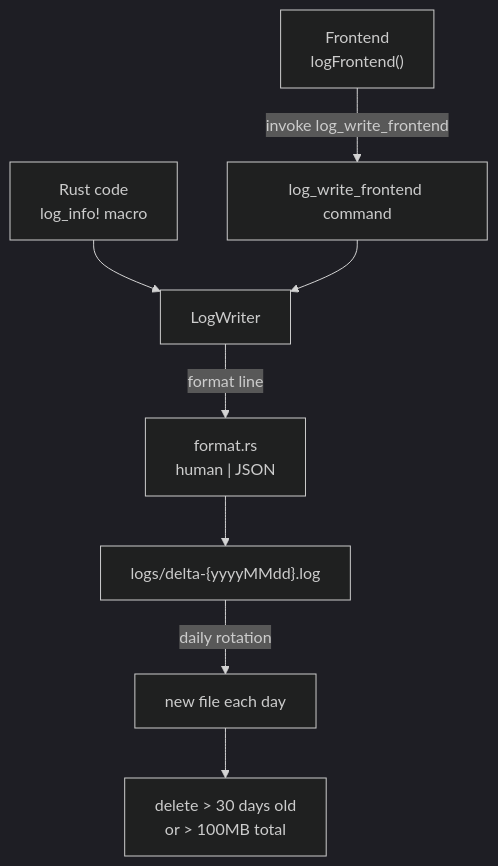
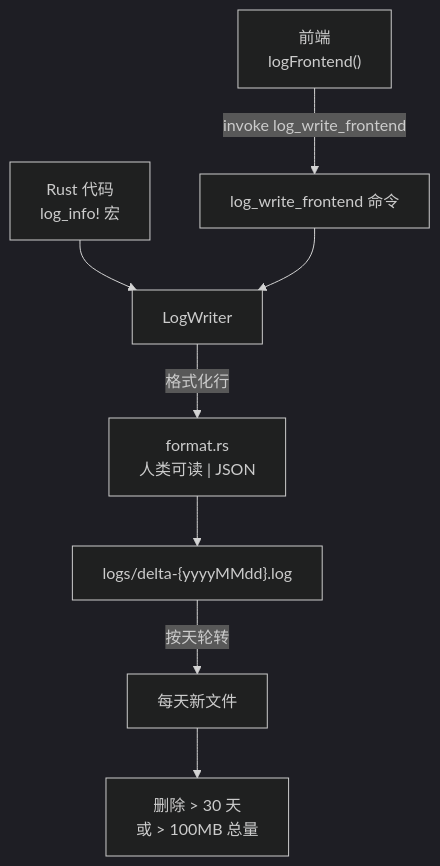
Before and after one commit to IZRINO/delta-auto-tools: the diagram in droid-wiki/systems/logging.md, drawn with Mermaid (dark theme). The commit also changed other lines of this file and 36 other files, not shown here.

````diff
--- a/droid-wiki/systems/logging.md
+++ b/droid-wiki/systems/logging.md
@@ -28,10 +28,10 @@
 ```mermaid
 graph TD
-    Rust["Rust code<br/>log_info! macro"] --> Writer["LogWriter"]
-    Frontend["Frontend<br/>logFrontend()"] -->|invoke log_write_frontend| Cmd["log_write_frontend command"]
+    Rust["Rust 代码<br/>log_info! 宏"] --> Writer["LogWriter"]
+    Frontend["前端<br/>logFrontend()"] -->|invoke log_write_frontend| Cmd["log_write_frontend 命令"]
     Cmd --> Writer
-    Writer -->|format line| Format["format.rs<br/>human | JSON"]
+    Writer -->|格式化行| Format["format.rs<br/>人类可读 | JSON"]
     Format --> File["logs/delta-{yyyyMMdd}.log"]
-    File -->|daily rotation| Rotate["new file each day"]
-    Rotate --> Cleanup["delete > 30 days old<br/>or > 100MB total"]
+    File -->|按天轮转| Rotate["每天新文件"]
+    Rotate --> Cleanup["删除 > 30 天<br/>或 > 100MB 总量"]
 ```
````
